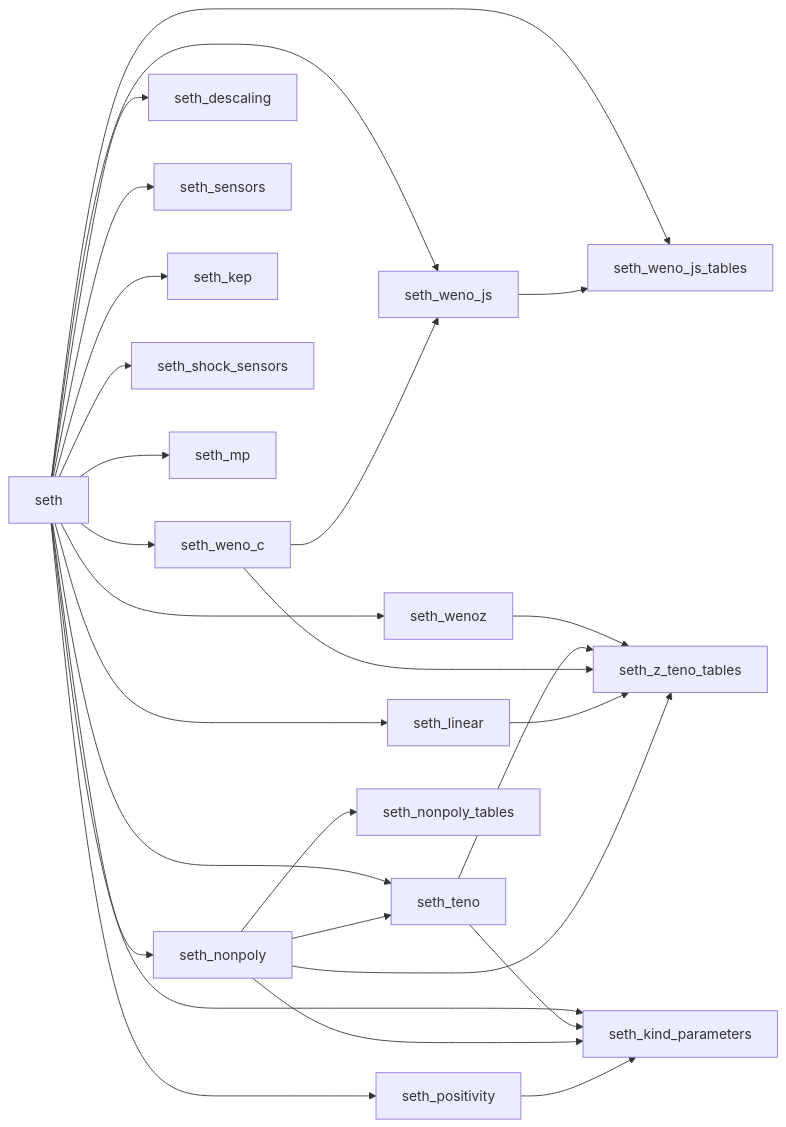
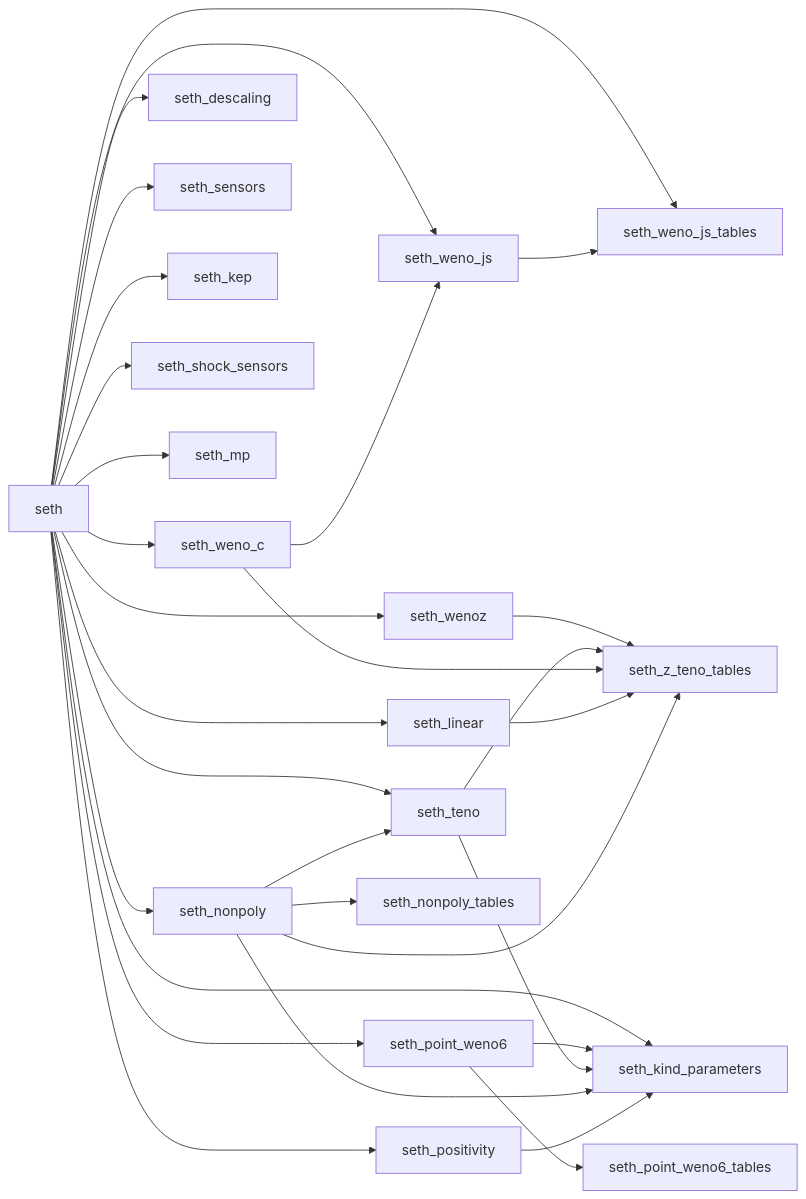
The diagram in docs/reference/index.md (szaghi/SETH), drawn with Mermaid before and after one commit. The commit also changed other lines of this file and 23 other files, not shown here.

First line of the commit message:
feat(weno6): ADAM's seam WENO-6 transfer as seth_weno6_point, bitwise with ADAM (#7 E2)

````diff
--- a/docs/reference/index.md
+++ b/docs/reference/index.md
@@ -71,11 +76,12 @@
 ```mermaid
 flowchart LR
   seth --> seth_weno_js & seth_wenoz & seth_teno & seth_weno_c & seth_nonpoly & seth_linear
   seth --> seth_descaling & seth_sensors & seth_kep & seth_shock_sensors & seth_mp & seth_positivity
-  seth --> seth_kind_parameters & seth_weno_js_tables
+  seth --> seth_kind_parameters & seth_weno_js_tables & seth_point_weno6
+  seth_point_weno6 --> seth_point_weno6_tables & seth_kind_parameters
   seth_weno_js --> seth_weno_js_tables
   seth_weno_c --> seth_weno_js
   seth_nonpoly --> seth_teno & seth_nonpoly_tables
   seth_wenoz & seth_teno & seth_weno_c & seth_linear & seth_nonpoly --> seth_z_teno_tables
   seth_teno & seth_nonpoly & seth_positivity --> seth_kind_parameters
 ```
````
